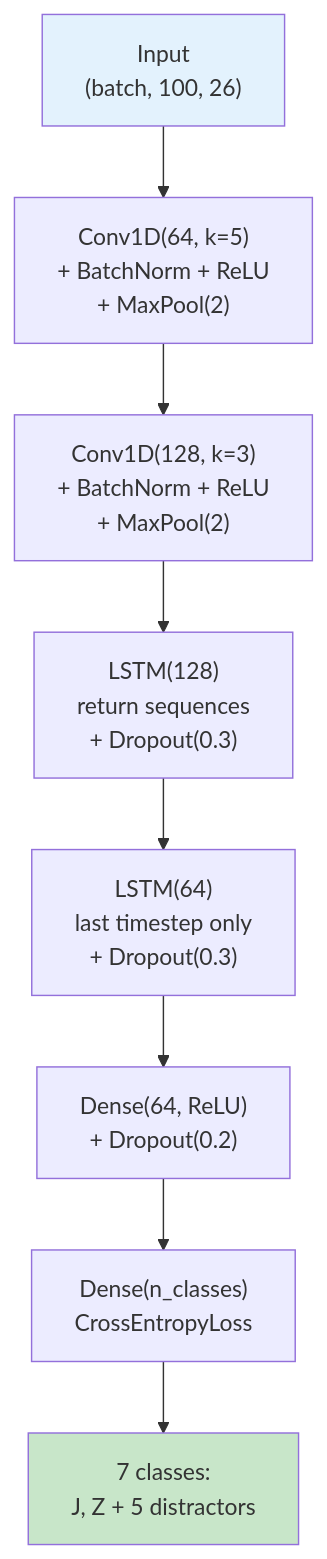
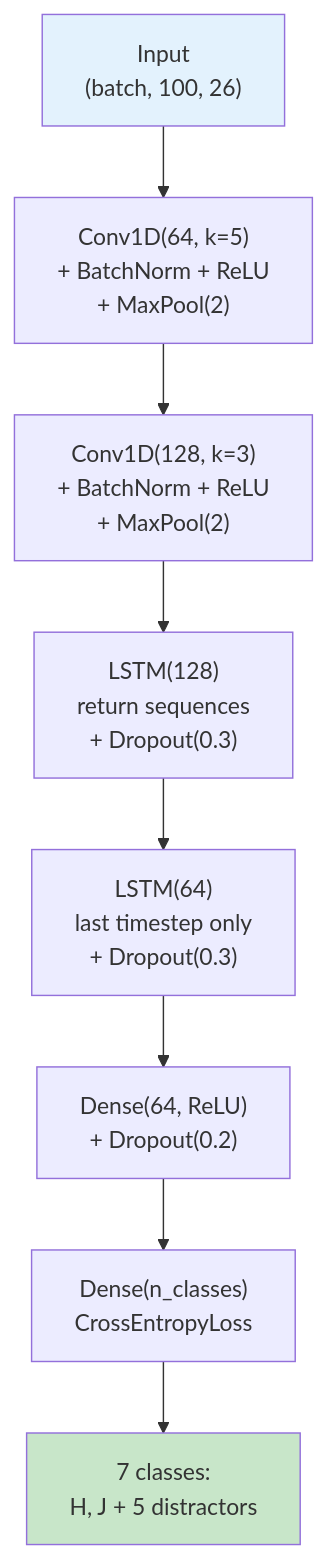
The fourth of 5 diagrams in docs/guide-train-from-scratch.md (Ravinx001/British-Sign-Language-to-TTS-Gloves), drawn with Mermaid before and after one commit. The commit also changed other lines of this file and 9 other files, not shown here.

````diff
--- a/docs/guide-train-from-scratch.md
+++ b/docs/guide-train-from-scratch.md
@@ -334,13 +334,13 @@
 ```mermaid
 flowchart TD
     Input["Input<br/>(batch, 100, 26)"] --> Conv1["Conv1D(64, k=5)<br/>+ BatchNorm + ReLU<br/>+ MaxPool(2)"]
     Conv1 --> Conv2["Conv1D(128, k=3)<br/>+ BatchNorm + ReLU<br/>+ MaxPool(2)"]
     Conv2 --> LSTM1["LSTM(128)<br/>return sequences<br/>+ Dropout(0.3)"]
     LSTM1 --> LSTM2["LSTM(64)<br/>last timestep only<br/>+ Dropout(0.3)"]
     LSTM2 --> Dense1["Dense(64, ReLU)<br/>+ Dropout(0.2)"]
     Dense1 --> Dense2["Dense(n_classes)<br/>CrossEntropyLoss"]
-    Dense2 --> Output["7 classes:<br/>J, Z + 5 distractors"]
+    Dense2 --> Output["7 classes:<br/>H, J + 5 distractors"]
 
     style Input fill:#e3f2fd
     style Output fill:#c8e6c9
 ```
````
